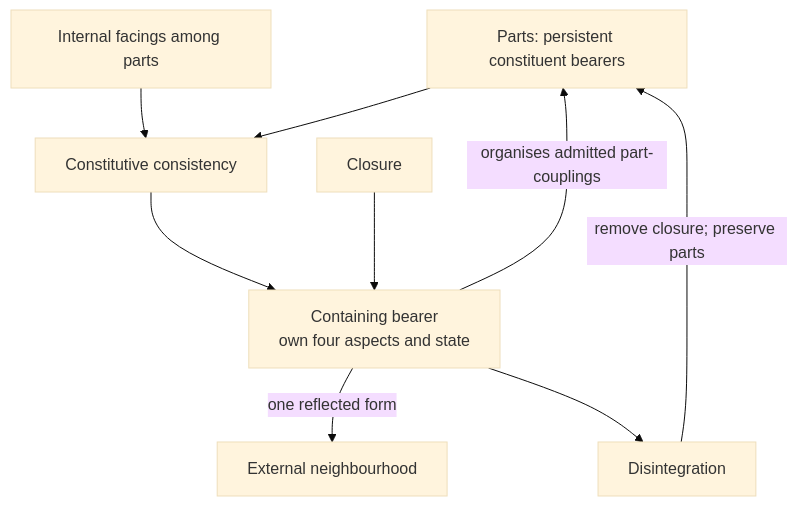
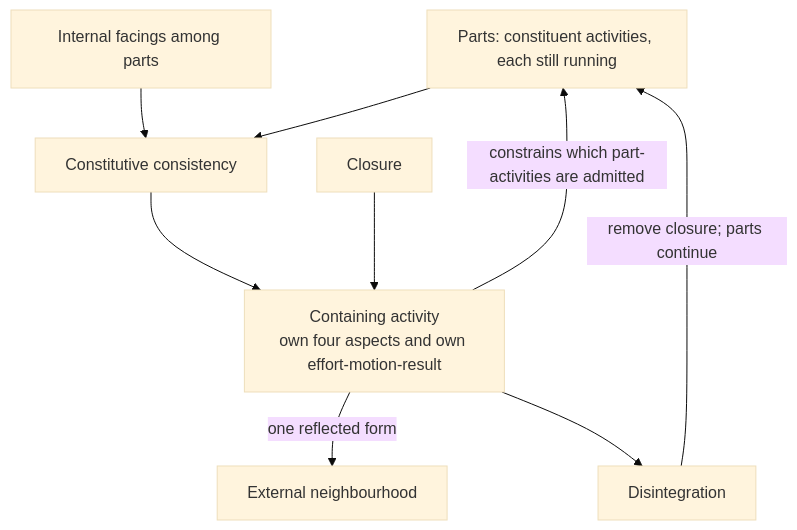
One commit to raghavamohan/AnalyticMadhyasthDarshan changed the fourth of 7 diagrams in Studies/A-State-Dynamic-Model-Of-Coexistence/A-State-Dynamic-Model-Of-Coexistence.md. Above: the diagram before and after it, drawn with Mermaid (base theme). The commit also changed other lines of this file and 9 other files, not shown here.

````diff
--- a/Studies/A-State-Dynamic-Model-Of-Coexistence/A-State-Dynamic-Model-Of-Coexistence.md
+++ b/Studies/A-State-Dynamic-Model-Of-Coexistence/A-State-Dynamic-Model-Of-Coexistence.md
@@ -395,11 +347,11 @@
 ```mermaid
 flowchart TB
-    PARTS["Parts: persistent constituent bearers"] --> CONS["Constitutive consistency"]
+    PARTS["Parts: constituent activities, each still running"] --> CONS["Constitutive consistency"]
     INTERNAL["Internal facings among parts"] --> CONS
-    CONS --> WHOLE["Containing bearer<br/>own four aspects and state"]
-    WHOLE -->|"organises admitted part-couplings"| PARTS
+    CONS --> WHOLE["Containing activity<br/>own four aspects and own effort-motion-result"]
+    WHOLE -->|"constrains which part-activities are admitted"| PARTS
     WHOLE -->|"one reflected form"| EXTERNAL["External neighbourhood"]
     GUARD["Closure"] --> WHOLE
     WHOLE --> DIS["Disintegration"]
-    DIS -->|"remove closure; preserve parts"| PARTS
+    DIS -->|"remove closure; parts continue"| PARTS
 ```
````
